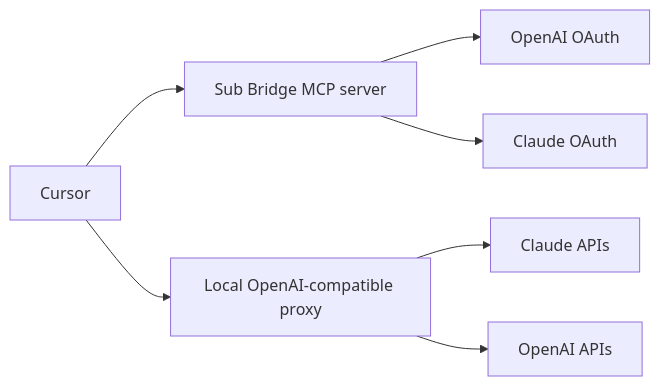
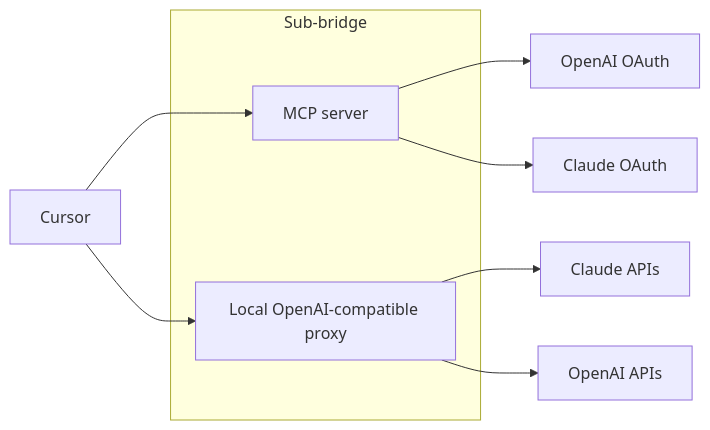
Before and after one commit to buremba/sub-bridge: the diagram in README.md, drawn with Mermaid.

Commit message:
Update diagram

````diff
--- a/README.md
+++ b/README.md
@@ -38,9 +38,13 @@
 ```mermaid
 graph LR
-  A[Cursor] --> B[Sub Bridge MCP server]
+  A[Cursor] --> B[MCP server]
   A --> C[Local OpenAI-compatible proxy]
   B --> F[OpenAI OAuth]
   B --> G[Claude OAuth]
   C --> D[Claude APIs]
   C --> E[OpenAI APIs]
+  subgraph SB[Sub-bridge]
+    B
+    C
+  end
 ```
````
